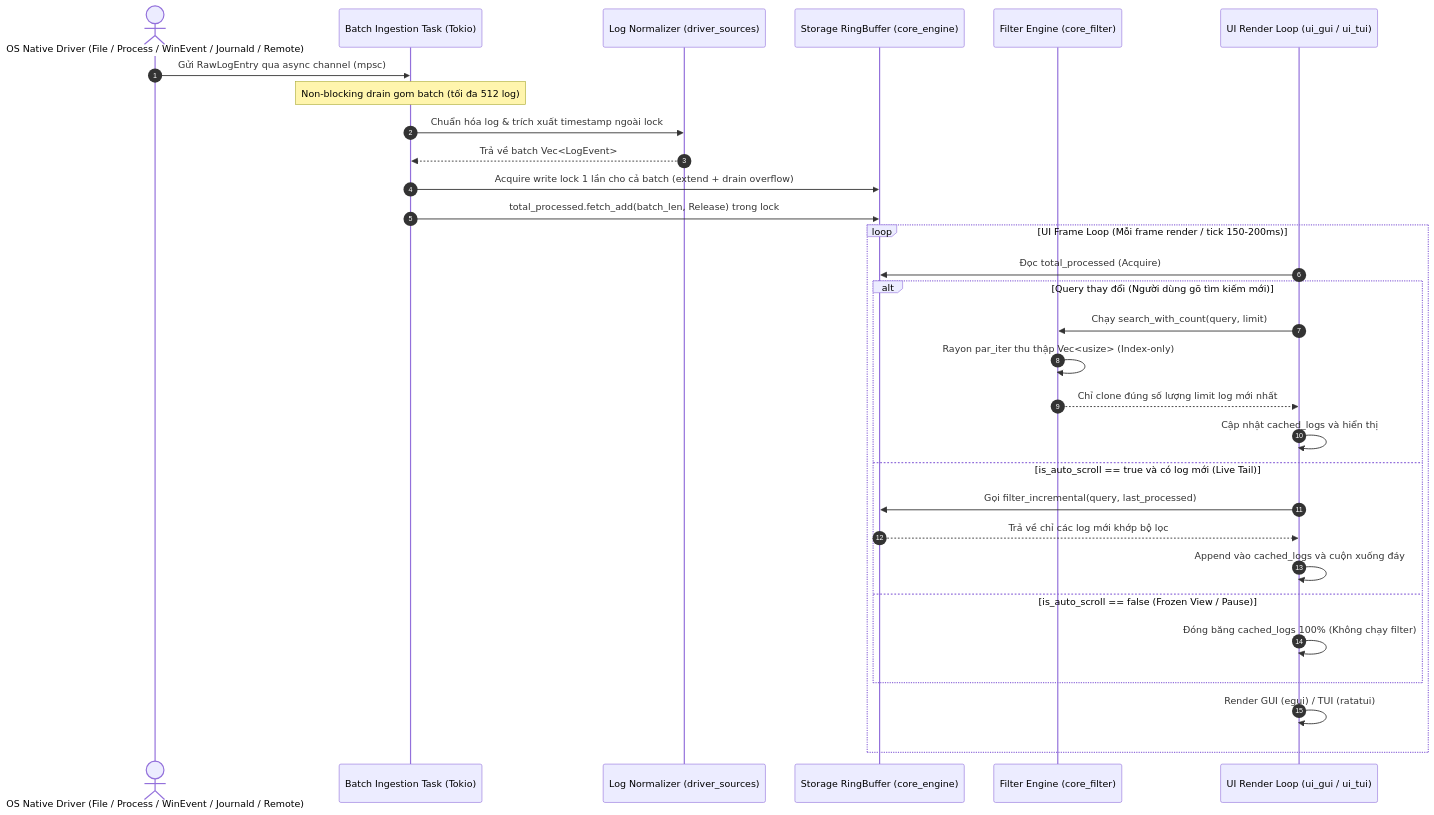
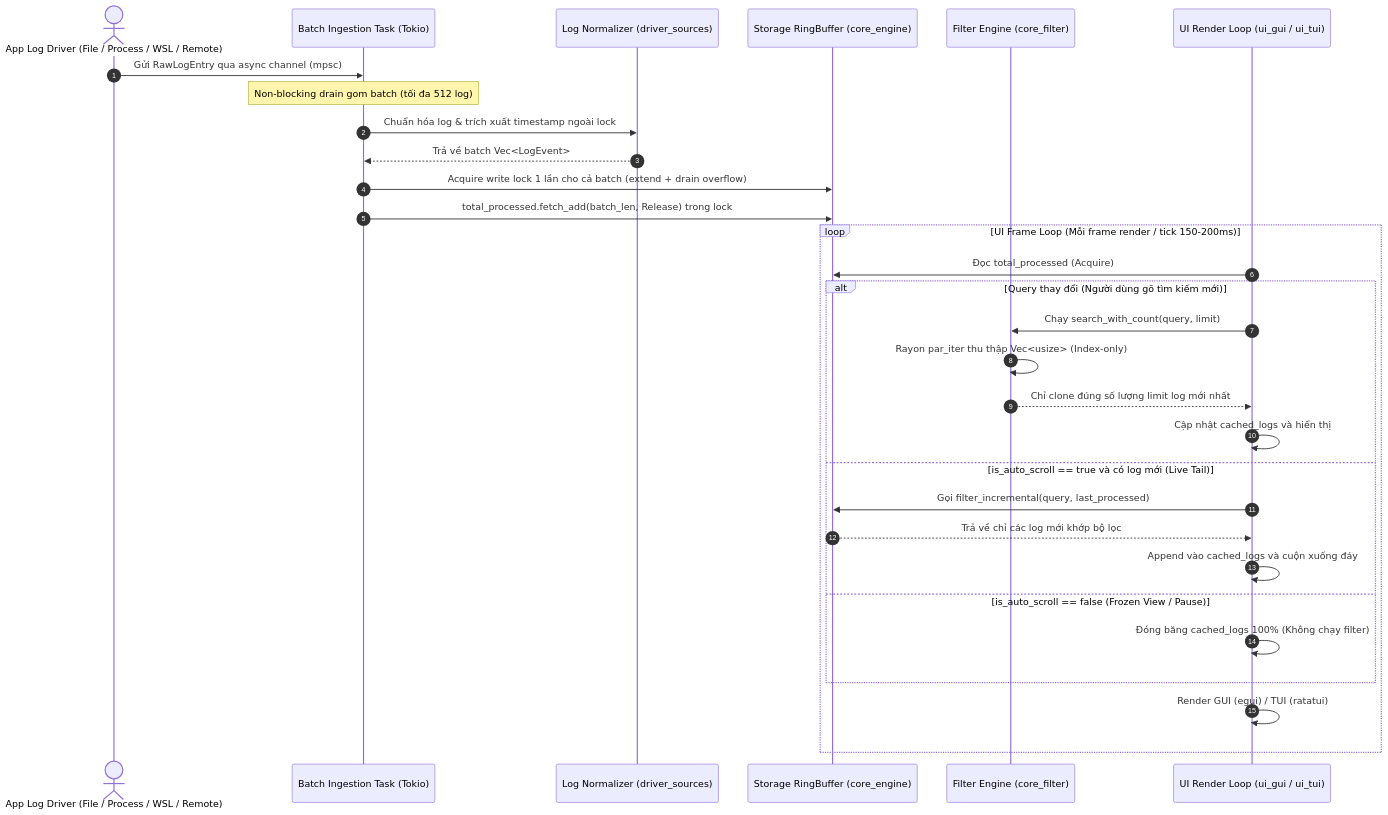
One commit to gavuhop/uwulog-rust changed the second of 2 diagrams in archi.md. Above: the diagram before and after it, drawn with Mermaid. The commit also changed other lines of this file, not shown here.

````diff
--- a/archi.md
+++ b/archi.md
@@ -120,34 +120,34 @@
 ```mermaid
 sequenceDiagram
     autonumber
-    actor Driver as OS Native Driver (File / Process / WinEvent / Journald / Remote)
+    actor Driver as App Log Driver (File / Process / WSL / Remote)
     participant TokioRx as Batch Ingestion Task (Tokio)
     participant Normalizer as Log Normalizer (driver_sources)
     participant RingBuf as Storage RingBuffer (core_engine)
     participant RayonEngine as Filter Engine (core_filter)
     participant UIThread as UI Render Loop (ui_gui / ui_tui)
 
     Driver->>TokioRx: Gửi RawLogEntry qua async channel (mpsc)
     Note over TokioRx: Non-blocking drain gom batch (tối đa 512 log)
     TokioRx->>Normalizer: Chuẩn hóa log & trích xuất timestamp ngoài lock
     Normalizer-->>TokioRx: Trả về batch Vec<LogEvent>
     TokioRx->>RingBuf: Acquire write lock 1 lần cho cả batch (extend + drain overflow)
     TokioRx->>RingBuf: total_processed.fetch_add(batch_len, Release) trong lock
 
     loop UI Frame Loop (Mỗi frame render / tick 150-200ms)
         UIThread->>RingBuf: Đọc total_processed (Acquire)
         alt Query thay đổi (Người dùng gõ tìm kiếm mới)
             UIThread->>RayonEngine: Chạy search_with_count(query, limit)
             RayonEngine->>RayonEngine: Rayon par_iter thu thập Vec<usize> (Index-only)
             RayonEngine-->>UIThread: Chỉ clone đúng số lượng limit log mới nhất
             UIThread->>UIThread: Cập nhật cached_logs và hiển thị
         else is_auto_scroll == true và có log mới (Live Tail)
             UIThread->>RingBuf: Gọi filter_incremental(query, last_processed)
             RingBuf-->>UIThread: Trả về chỉ các log mới khớp bộ lọc
             UIThread->>UIThread: Append vào cached_logs và cuộn xuống đáy
         else is_auto_scroll == false (Frozen View / Pause)
             UIThread->>UIThread: Đóng băng cached_logs 100% (Không chạy filter)
         end
         UIThread->>UIThread: Render GUI (egui) / TUI (ratatui)
     end
 ```
````
